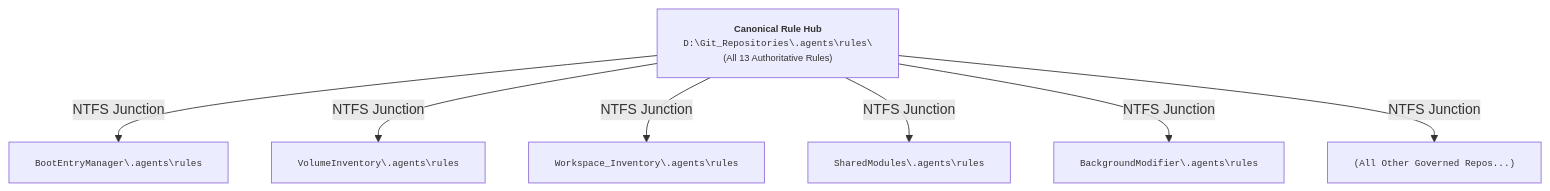
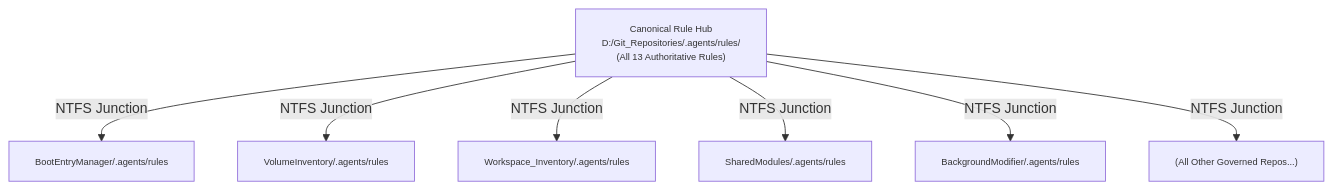
Before and after one commit to rgbigel/Workspace_AI: the second of 7 diagrams in docs/Architecture.md, drawn with Mermaid. The commit also changed other lines of this file and 12 other files, not shown here.

Commit message:
docs: align tripartite specifications, Mermaid diagrams, and tool help flags to LCM Baseline v7.0.0

````diff
--- a/docs/Architecture.md
+++ b/docs/Architecture.md
@@ -55,13 +61,14 @@
 ```mermaid
 graph TD
     classDef default font-size:8pt;
-    Hub["<b>Canonical Rule Hub</b><br/><code>D:\Git_Repositories\.agents\rules\</code><br/>(All 13 Authoritative Rules)"]
+    Hub["Canonical Rule Hub<br/>D:/Git_Repositories/.agents/rules/<br/>(All 13 Authoritative Rules)"]
     
-    Hub -->|NTFS Junction| J1["<code>BootEntryManager\.agents\rules</code>"]
-    Hub -->|NTFS Junction| J2["<code>VolumeInventory\.agents\rules</code>"]
-    Hub -->|NTFS Junction| J3["<code>Workspace_Inventory\.agents\rules</code>"]
-    Hub -->|NTFS Junction| J4["<code>SharedModules\.agents\rules</code>"]
-    Hub -->|NTFS Junction| J5["<code>BackgroundModifier\.agents\rules</code>"]
-    Hub -->|NTFS Junction| J6["<code>(All Other Governed Repos...)</code>"]
+    Hub -->|NTFS Junction| J1["BootEntryManager/.agents/rules"]
+    Hub -->|NTFS Junction| J2["VolumeInventory/.agents/rules"]
+    Hub -->|NTFS Junction| J3["Workspace_Inventory/.agents/rules"]
+    Hub -->|NTFS Junction| J4["SharedModules/.agents/rules"]
+    Hub -->|NTFS Junction| J5["BackgroundModifier/.agents/rules"]
+    Hub -->|NTFS Junction| J6["(All Other Governed Repos...)"]
+
 
 ```
````
